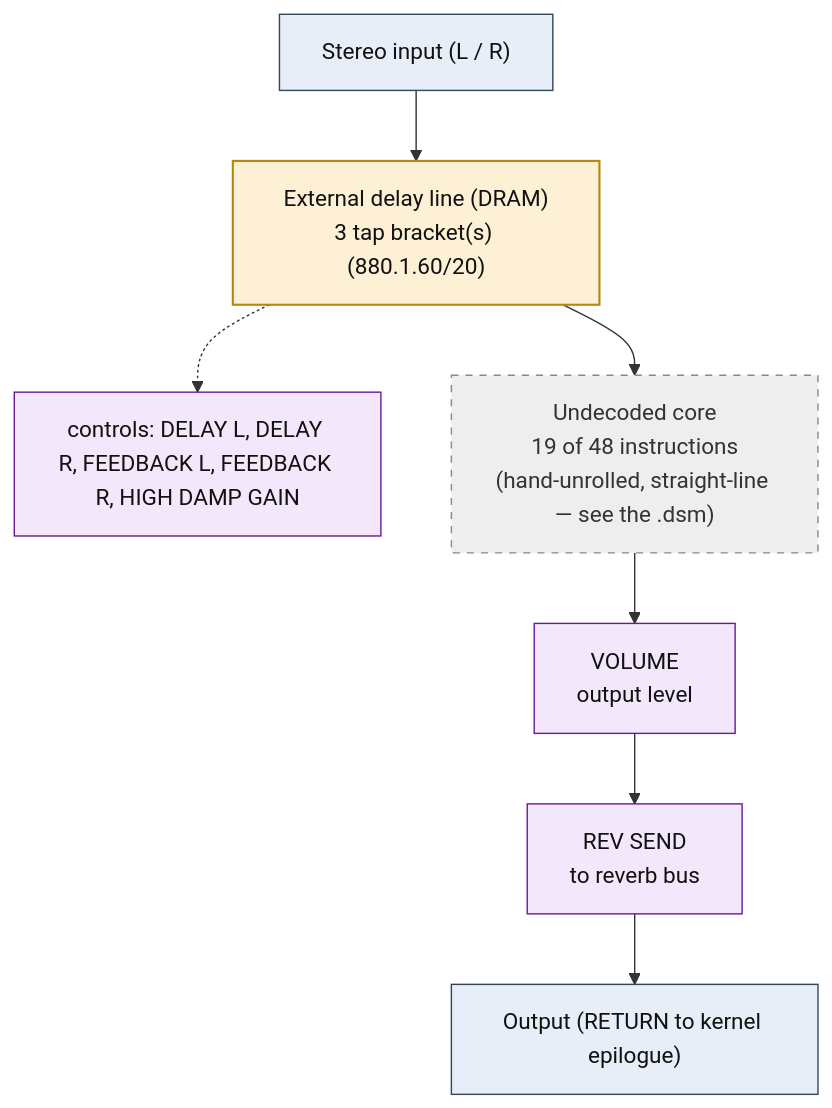
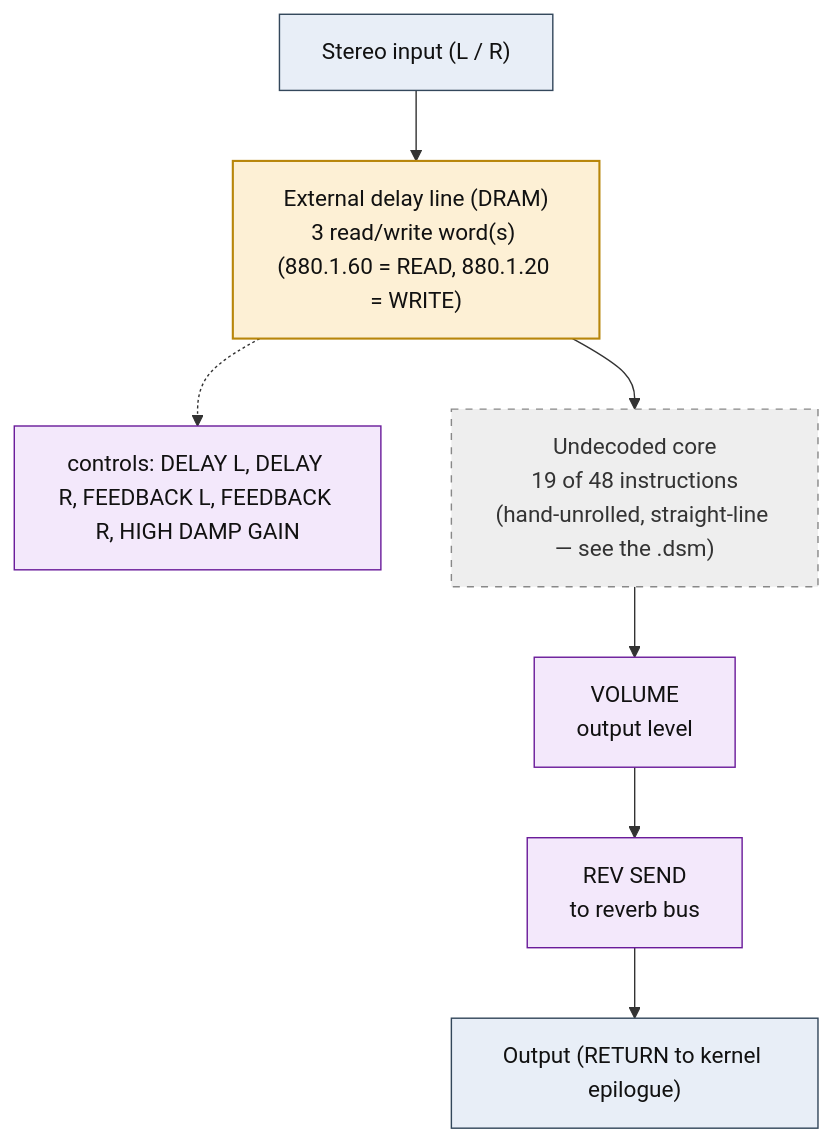
One commit to ArqueologiaDigital/kn5000-roms-disasm changed the diagram in dsp/flowcharts/prog09_single_delay.md. Above: the diagram before and after it, drawn with Mermaid. The commit also changed other lines of this file and 86 other files, not shown here.

````diff
--- a/dsp/flowcharts/prog09_single_delay.md
+++ b/dsp/flowcharts/prog09_single_delay.md
@@ -12,27 +12,27 @@
 ```mermaid
 flowchart TD
     N0["Stereo input (L / R)"]
-    N1["External delay line (DRAM)<br/>3 tap bracket(s) (880.1.60/20)"]
+    N1["External delay line (DRAM)<br/>3 read/write word(s) (880.1.60 = READ, 880.1.20 = WRITE)"]
     N0 --> N1
     N2["controls: DELAY L, DELAY R, FEEDBACK L, FEEDBACK R, HIGH DAMP GAIN"]
     N1 -.-> N2
     N3["Undecoded core<br/>19 of 48 instructions<br/>(hand-unrolled, straight-line &mdash; see the .dsm)"]
     N1 --> N3
     N4["VOLUME<br/>output level"]
     N3 --> N4
     N5["REV SEND<br/>to reverb bus"]
     N4 --> N5
     N6["Output (RETURN to kernel epilogue)"]
     N5 --> N6
 
     classDef io fill:#e8eef7,stroke:#33475b,stroke-width:1px,color:#111;
     classDef proven fill:#d7f0d7,stroke:#2e7d32,stroke-width:2px,color:#111;
     classDef measured fill:#dbe9fb,stroke:#1565c0,stroke-width:1.5px,color:#111;
     classDef inferred fill:#fdf0d5,stroke:#b8860b,stroke-width:1.5px,color:#111;
     classDef open fill:#eeeeee,stroke:#888,stroke-width:1px,color:#333,stroke-dasharray:5 5;
     classDef ctrl fill:#f3e8fb,stroke:#6a1b9a,stroke-width:1px,color:#111;
     class N0,N6 io;
     class N1 inferred;
     class N2,N4,N5 ctrl;
     class N3 open;
 ```
````
